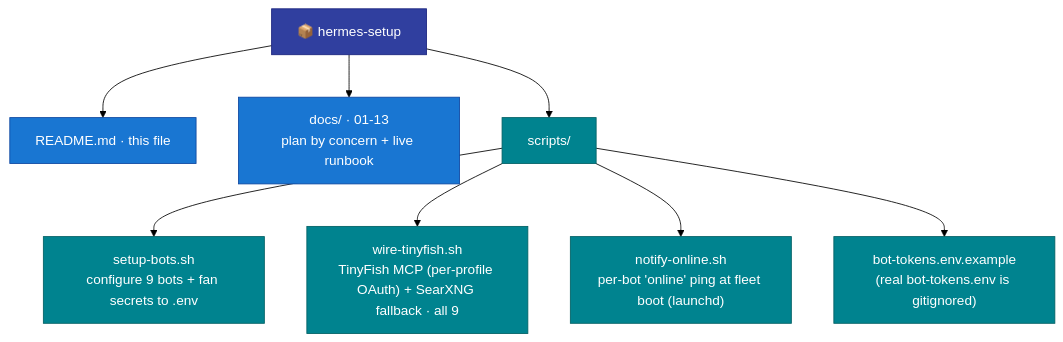
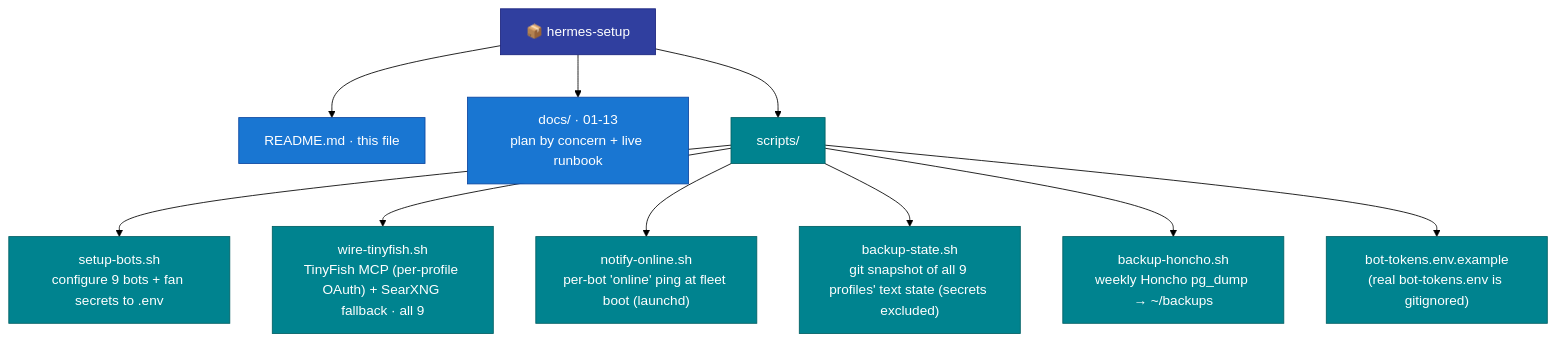
One commit to mpolatcan/hermes-setup changed the fifth of 5 diagrams in README.md. Above: the diagram before and after it, drawn with Mermaid (forest theme). The commit also changed other lines of this file and 3 other files, not shown here.

First line of the commit message:
feat(scripts): add backup-state + backup-honcho; docs(memory): §9.7 backups implemented

````diff
--- a/README.md
+++ b/README.md
@@ -265,14 +265,16 @@
 ```mermaid
 flowchart TB
     root["📦 hermes-setup"]:::root
     root --> readme["README.md · this file"]:::doc
     root --> docs["docs/ · 01-13<br/>plan by concern + live runbook"]:::doc
     root --> scripts["scripts/"]:::svc
     scripts --> sb["setup-bots.sh<br/>configure 9 bots + fan secrets to .env"]:::svc
     scripts --> wt["wire-tinyfish.sh<br/>TinyFish MCP (per-profile OAuth) + SearXNG fallback · all 9"]:::svc
     scripts --> no["notify-online.sh<br/>per-bot 'online' ping at fleet boot (launchd)"]:::svc
+    scripts --> bs["backup-state.sh<br/>git snapshot of all 9 profiles' text state (secrets excluded)"]:::svc
+    scripts --> bh["backup-honcho.sh<br/>weekly Honcho pg_dump → ~/backups"]:::svc
     scripts --> ex["bot-tokens.env.example<br/>(real bot-tokens.env is gitignored)"]:::svc
     classDef root fill:#303F9F,stroke:#1A237E,color:#fff
     classDef doc fill:#1976D2,stroke:#0D47A1,color:#fff
     classDef svc fill:#00838F,stroke:#006064,color:#fff
 ```
````
